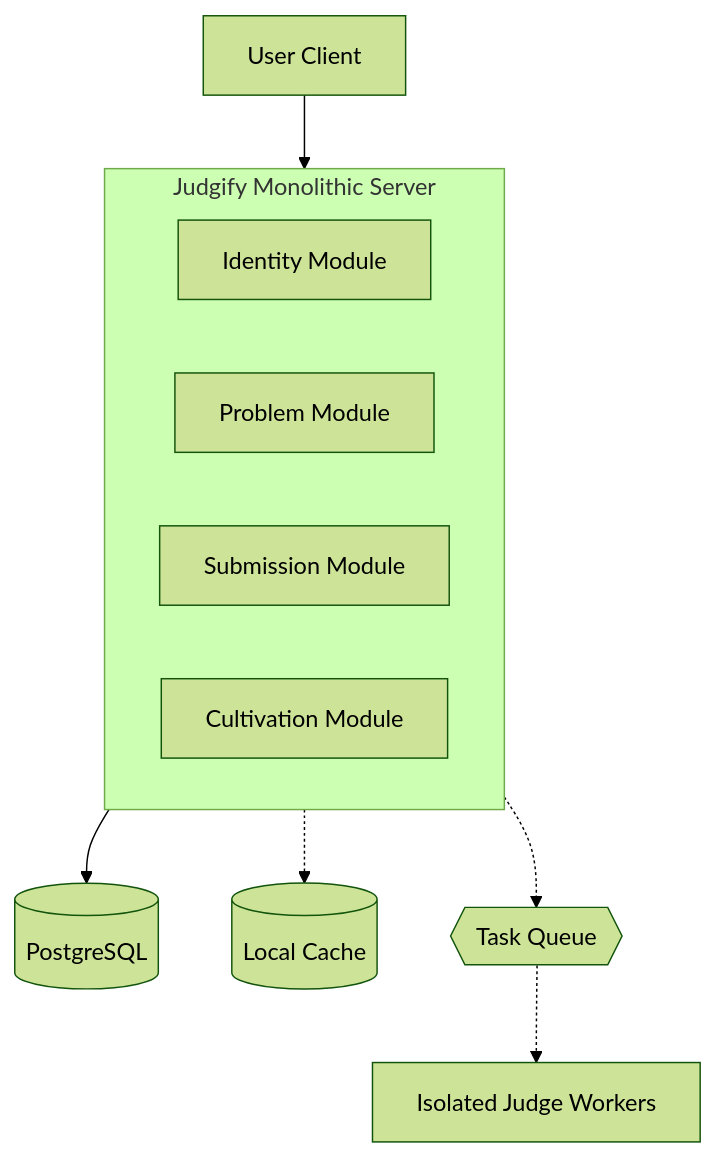
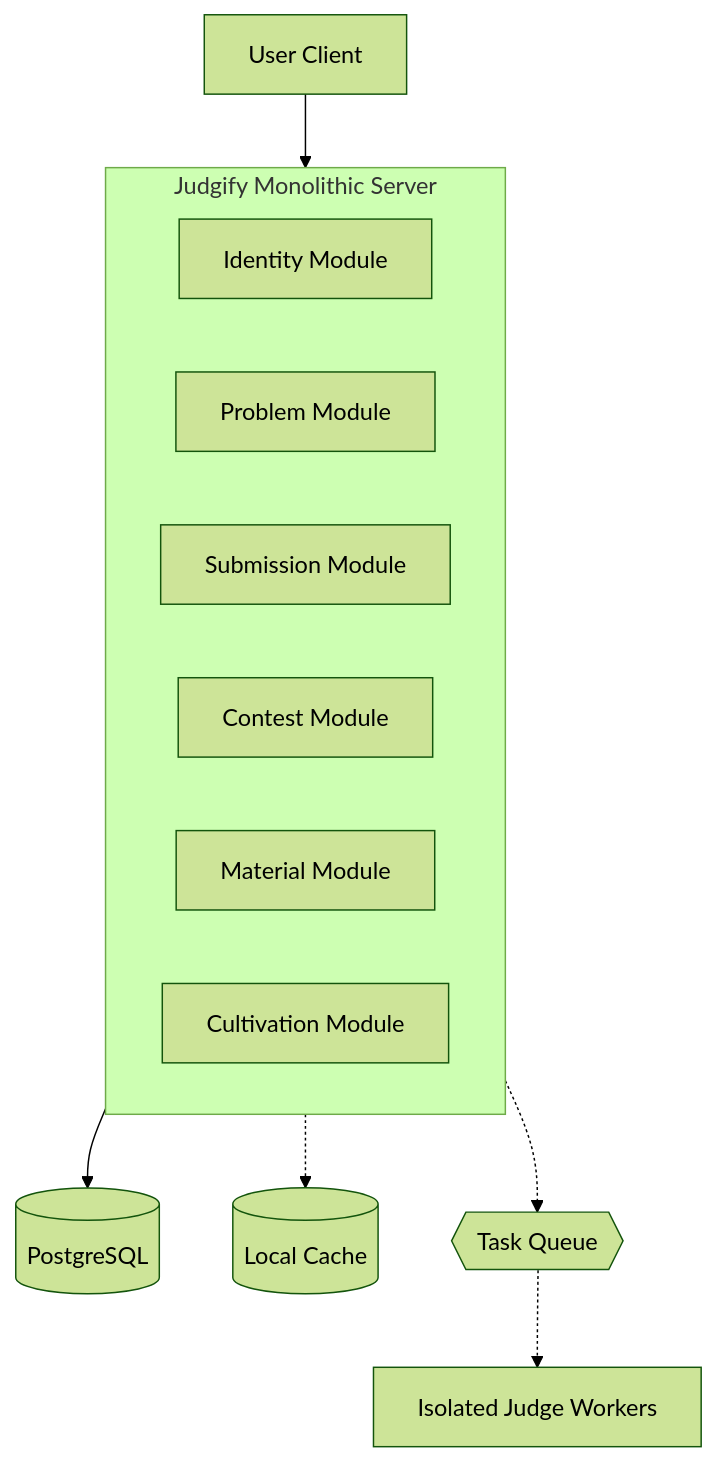
One commit to huynhanx03/Judgify changed the diagram in README.md. Above: the diagram before and after it, drawn with Mermaid (forest theme). The commit also changed other lines of this file, not shown here.

````diff
--- a/README.md
+++ b/README.md
@@ -22,16 +33,18 @@
 ```mermaid
 flowchart TD
     Client[User Client] --> Backend
     
     subgraph Backend [Judgify Monolithic Server]
         Identity[Identity Module]
         Problem[Problem Module]
         Submit[Submission Module]
+        Contest[Contest Module]
+        Material[Material Module]
         Cultivate[Cultivation Module]
     end
     
     Backend --> DB[(PostgreSQL)]
     Backend -.-> Cache[(Local Cache)]
     Backend -.-> Queue{{Task Queue}}
     Queue -.-> JudgeWorker[Isolated Judge Workers]
 ```
````
